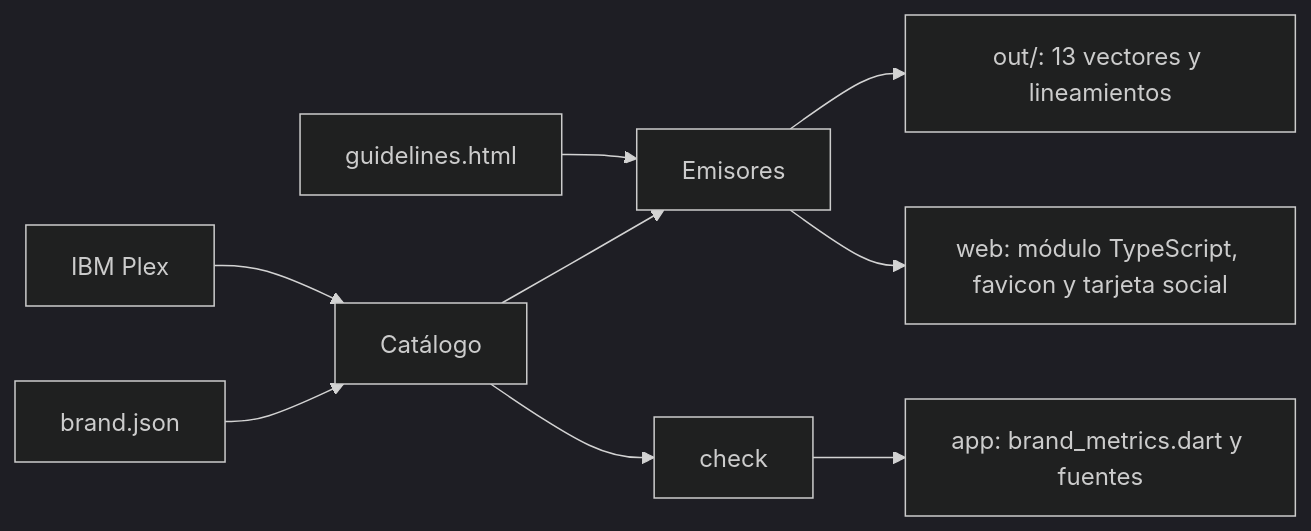
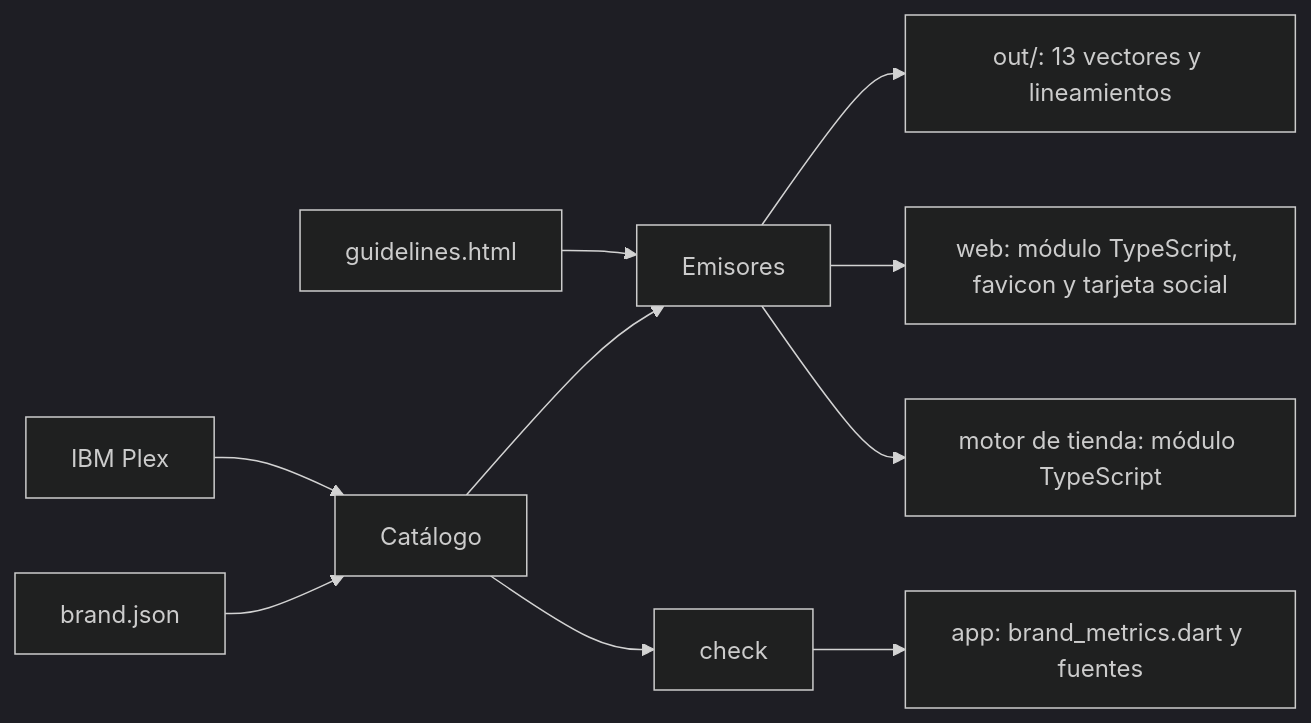
The third of 3 diagrams in packages/pseudolearn_brand/README.md (cgutieco/pseudolearn), drawn with Mermaid (dark theme) before and after one commit. The commit also changed other lines of this file and 6 other files, not shown here.

First line of the commit message:
feat(brand): emit the brand module the store media engine composes from

````diff
--- a/packages/pseudolearn_brand/README.md
+++ b/packages/pseudolearn_brand/README.md
@@ -50,11 +50,12 @@
 ```mermaid
 flowchart LR
     json["brand.json"] --> catalog[Catálogo]
     fonts["IBM Plex"] --> catalog
     catalog --> emit[Emisores]
     template["guidelines.html"] --> emit
     emit --> out["out/: 13 vectores y lineamientos"]
     emit --> ts["web: módulo TypeScript, favicon y tarjeta social"]
+    emit --> media["motor de tienda: módulo TypeScript"]
     catalog --> check[check]
     check --> dart["app: brand_metrics.dart y fuentes"]
 ```
````
